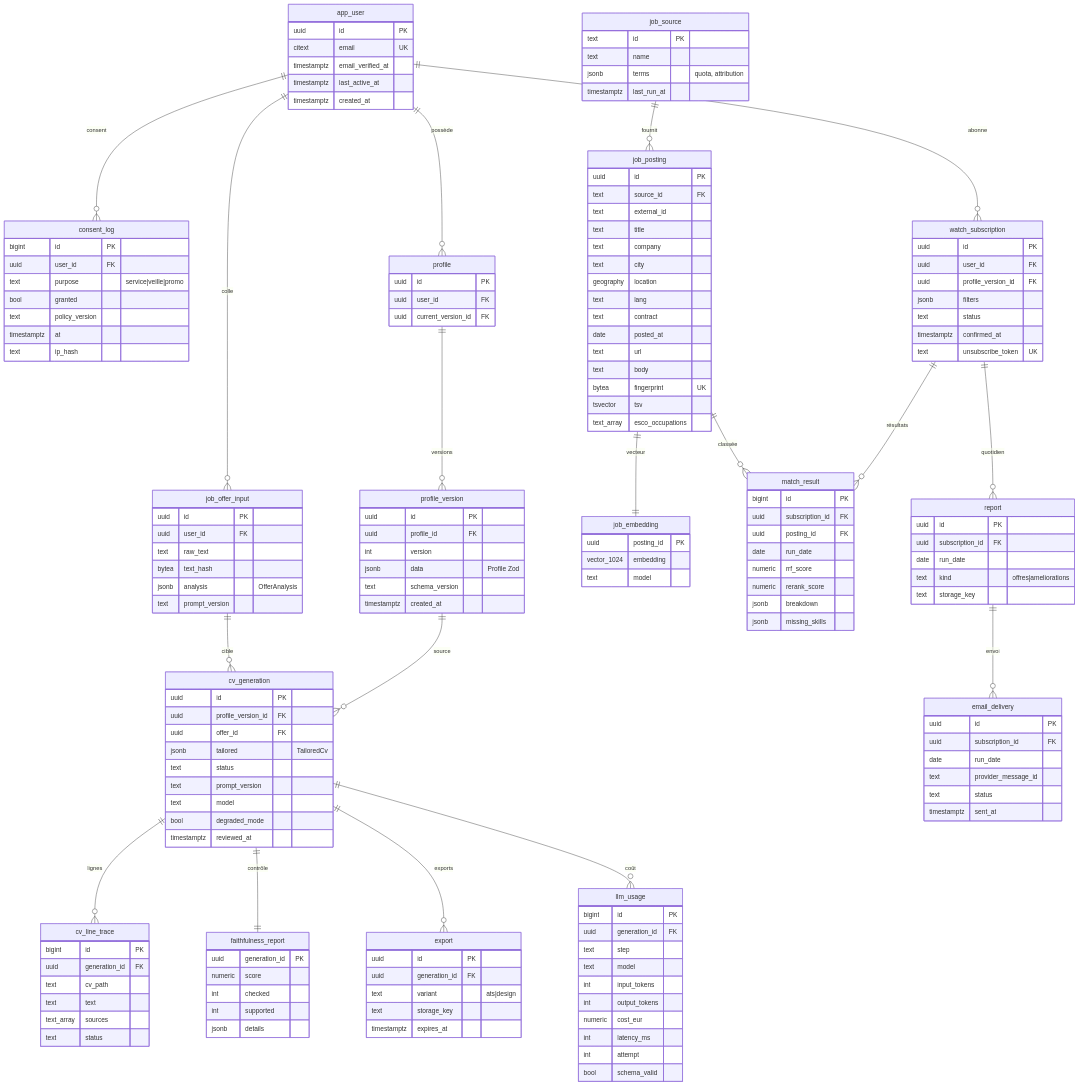
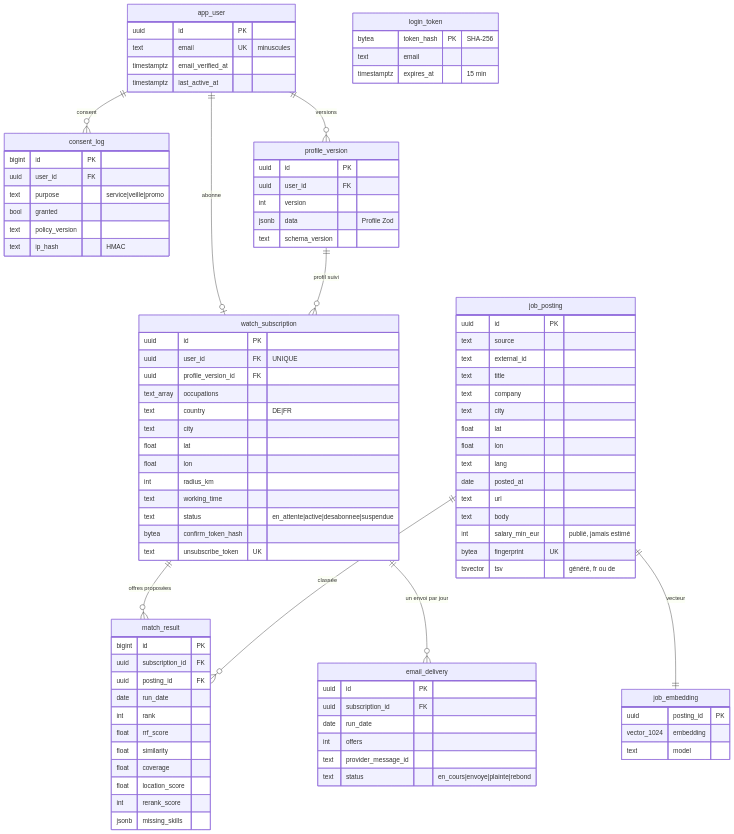
One commit to SafoueneN/Attesta changed the fourth of 4 diagrams in docs/architecture.md. Above: the diagram before and after it, drawn with Mermaid. The commit also changed other lines of this file and 95 other files, not shown here.

````diff
--- a/docs/architecture.md
+++ b/docs/architecture.md
@@ -51,29 +79,24 @@
 ```mermaid
 erDiagram
   app_user ||--o{ consent_log : "consent"
-  app_user ||--o{ profile : "possède"
-  profile ||--o{ profile_version : "versions"
-  app_user ||--o{ job_offer_input : "colle"
-  profile_version ||--o{ cv_generation : "source"
-  job_offer_input ||--o{ cv_generation : "cible"
-  cv_generation ||--o{ cv_line_trace : "lignes"
-  cv_generation ||--|| faithfulness_report : "contrôle"
-  cv_generation ||--o{ export : "exports"
-  cv_generation ||--o{ llm_usage : "coût"
-  job_source ||--o{ job_posting : "fournit"
+  app_user ||--o{ profile_version : "versions"
+  app_user ||--o| watch_subscription : "abonne"
+  profile_version ||--o{ watch_subscription : "profil suivi"
+  watch_subscription ||--o{ match_result : "offres proposées"
+  job_posting ||--o{ match_result : "classée"
   job_posting ||--|| job_embedding : "vecteur"
-  app_user ||--o{ watch_subscription : "abonne"
-  watch_subscription ||--o{ match_result : "résultats"
-  job_posting ||--o{ match_result : "classée"
-  watch_subscription ||--o{ report : "quotidien"
-  report ||--o{ email_delivery : "envoi"
+  watch_subscription ||--o{ email_delivery : "un envoi par jour"
 
   app_user {
     uuid id PK
-    citext email UK
+    text email UK "minuscules"
     timestamptz email_verified_at
     timestamptz last_active_at
-    timestamptz created_at
+  }
+  login_token {
+    bytea token_hash PK "SHA-256"
+    text email
+    timestamptz expires_at "15 min"
   }
   consent_log {
     bigint id PK
@@ -81,135 +104,71 @@
     text purpose "service|veille|promo"
     bool granted
     text policy_version
-    timestamptz at
-    text ip_hash
-  }
-  profile {
-    uuid id PK
-    uuid user_id FK
-    uuid current_version_id FK
+    text ip_hash "HMAC"
   }
   profile_version {
     uuid id PK
-    uuid profile_id FK
+    uuid user_id FK
     int version
     jsonb data "Profile Zod"
     text schema_version
-    timestamptz created_at
   }
-  job_offer_input {
+  watch_subscription {
     uuid id PK
-    uuid user_id FK
-    text raw_text
-    bytea text_hash
-    jsonb analysis "OfferAnalysis"
-    text prompt_version
-  }
-  cv_generation {
-    uuid id PK
+    uuid user_id FK "UNIQUE"
     uuid profile_version_id FK
-    uuid offer_id FK
-    jsonb tailored "TailoredCv"
-    text status
-    text prompt_version
-    text model
-    bool degraded_mode
-    timestamptz reviewed_at
-  }
-  cv_line_trace {
-    bigint id PK
-    uuid generation_id FK
-    text cv_path
-    text text
-    text_array sources
-    text status
-  }
-  faithfulness_report {
-    uuid generation_id PK
-    numeric score
-    int checked
-    int supported
-    jsonb details
-  }
-  export {
-    uuid id PK
-    uuid generation_id FK
-    text variant "ats|design"
-    text storage_key
-    timestamptz expires_at
-  }
-  llm_usage {
-    bigint id PK
-    uuid generation_id FK
-    text step
-    text model
-    int input_tokens
-    int output_tokens
-    numeric cost_eur
-    int latency_ms
-    int attempt
-    bool schema_valid
-  }
-  job_source {
-    text id PK
-    text name
-    jsonb terms "quota, attribution"
-    timestamptz last_run_at
+    text_array occupations
+    text country "DE|FR"
+    text city
+    float lat
+    float lon
+    int radius_km
+    text working_time
+    text status "en_attente|active|desabonnee|suspendue"
+    bytea confirm_token_hash
+    text unsubscribe_token UK
   }
   job_posting {
     uuid id PK
-    text source_id FK
+    text source
     text external_id
     text title
     text company
     text city
-    geography location
+    float lat
+    float lon
     text lang
-    text contract
     date posted_at
     text url
     text body
+    int salary_min_eur "publié, jamais estimé"
     bytea fingerprint UK
-    tsvector tsv
-    text_array esco_occupations
+    tsvector tsv "généré, fr ou de"
   }
   job_embedding {
     uuid posting_id PK
     vector_1024 embedding
     text model
   }
-  watch_subscription {
-    uuid id PK
-    uuid user_id FK
-    uuid profile_version_id FK
-    jsonb filters
-    text status
-    timestamptz confirmed_at
-    text unsubscribe_token UK
-  }
   match_result {
     bigint id PK
     uuid subscription_id FK
     uuid posting_id FK
     date run_date
-    numeric rrf_score
-    numeric rerank_score
-    jsonb breakdown
+    int rank
+    float rrf_score
+    float similarity
+    float coverage
+    float location_score
+    int rerank_score
     jsonb missing_skills
-  }
-  report {
-    uuid id PK
-    uuid subscription_id FK
-    date run_date
-    text kind "offres|ameliorations"
-    text storage_key
   }
   email_delivery {
     uuid id PK
     uuid subscription_id FK
     date run_date
+    int offers
     text provider_message_id
-    text status
-    timestamptz sent_at
+    text status "en_cours|envoye|plainte|rebond"
   }
 ```
````
